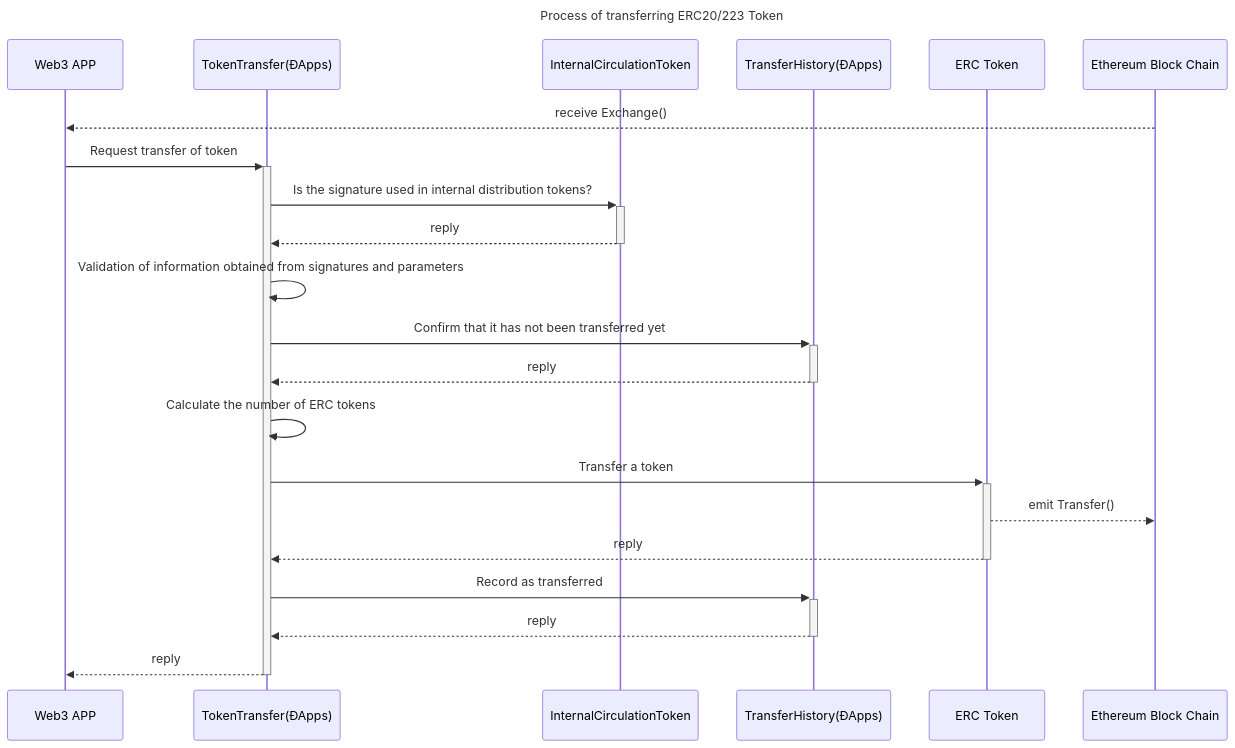
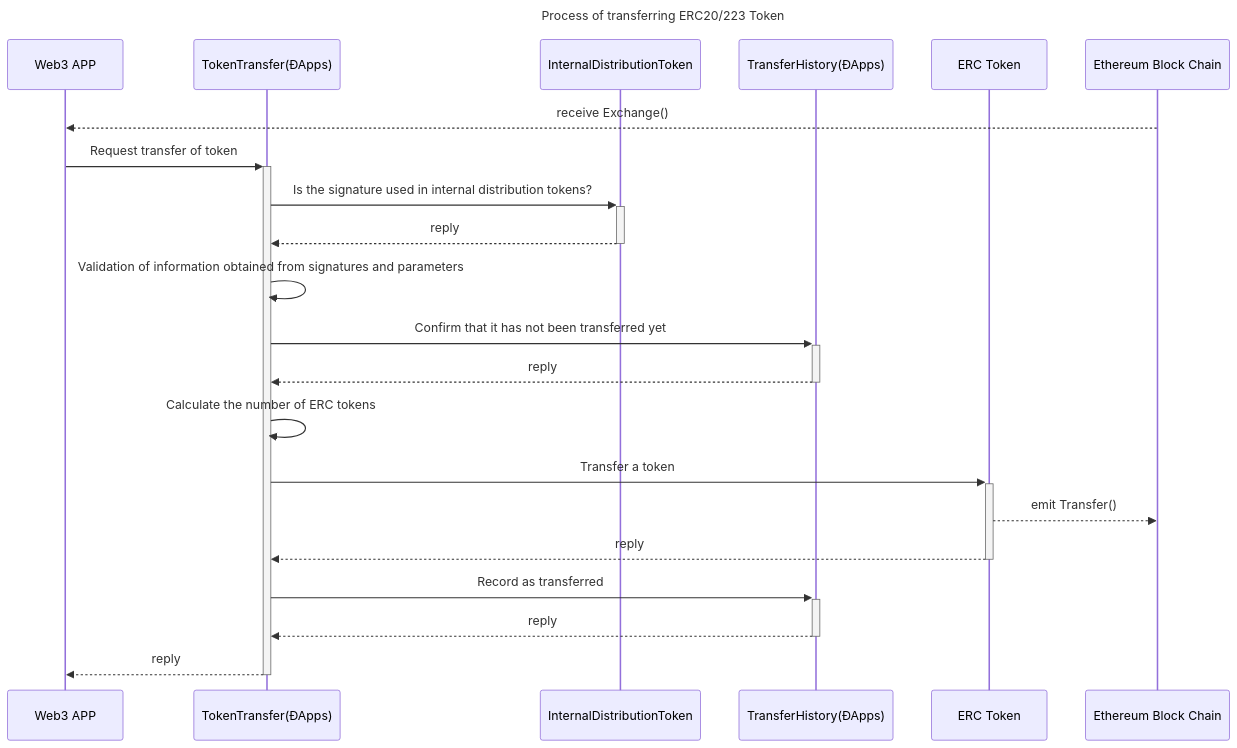
Before and after one commit to godappslab/token-transfer: the diagram in docs/sequence-diagram/token-transfer.mmd, drawn with Mermaid. The commit also changed 4 other files, not shown here.

Commit message:
Change to "Internal Distribution Token"

```diff
--- a/docs/sequence-diagram/token-transfer.mmd
+++ b/docs/sequence-diagram/token-transfer.mmd
@@ -1,31 +1,31 @@
 sequenceDiagram
 Title: Process of transferring ERC20/223 Token
 participant Web3 AS Web3 APP
 participant TransferDapps AS TokenTransfer(ÐApps)
-participant PointToken AS InternalCirculationToken
+participant PointToken AS InternalDistributionToken
 participant HistoryDapps AS TransferHistory(ÐApps)
 participant ERCToken AS ERC Token
 participant BlockChain AS Ethereum Block Chain
 
 BlockChain-->>Web3: receive Exchange()
 
 Web3->>+TransferDapps: Request transfer of token
 
     TransferDapps->>+PointToken: Is the signature used in internal distribution tokens?
     PointToken-->>-TransferDapps: reply
 
     TransferDapps->>TransferDapps: Validation of information obtained from signatures and parameters
 
     TransferDapps->>+HistoryDapps: Confirm that it has not been transferred yet
     HistoryDapps-->>-TransferDapps: reply
 
     TransferDapps->>TransferDapps: Calculate the number of ERC tokens
 
     TransferDapps->>+ERCToken: Transfer a token
     ERCToken-->>BlockChain: emit Transfer()
     ERCToken-->>-TransferDapps: reply
 
     TransferDapps->>+HistoryDapps: Record as transferred
     HistoryDapps-->>-TransferDapps: reply
 
 TransferDapps-->>-Web3: reply
```
